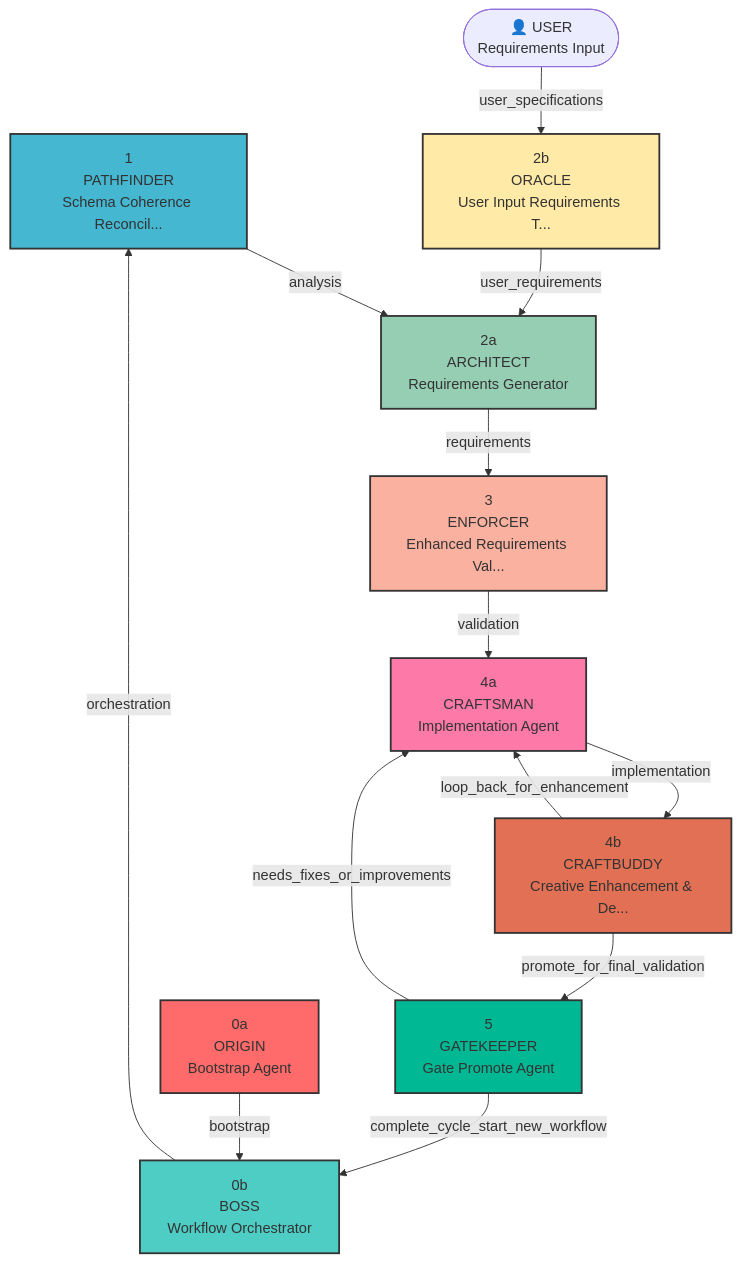
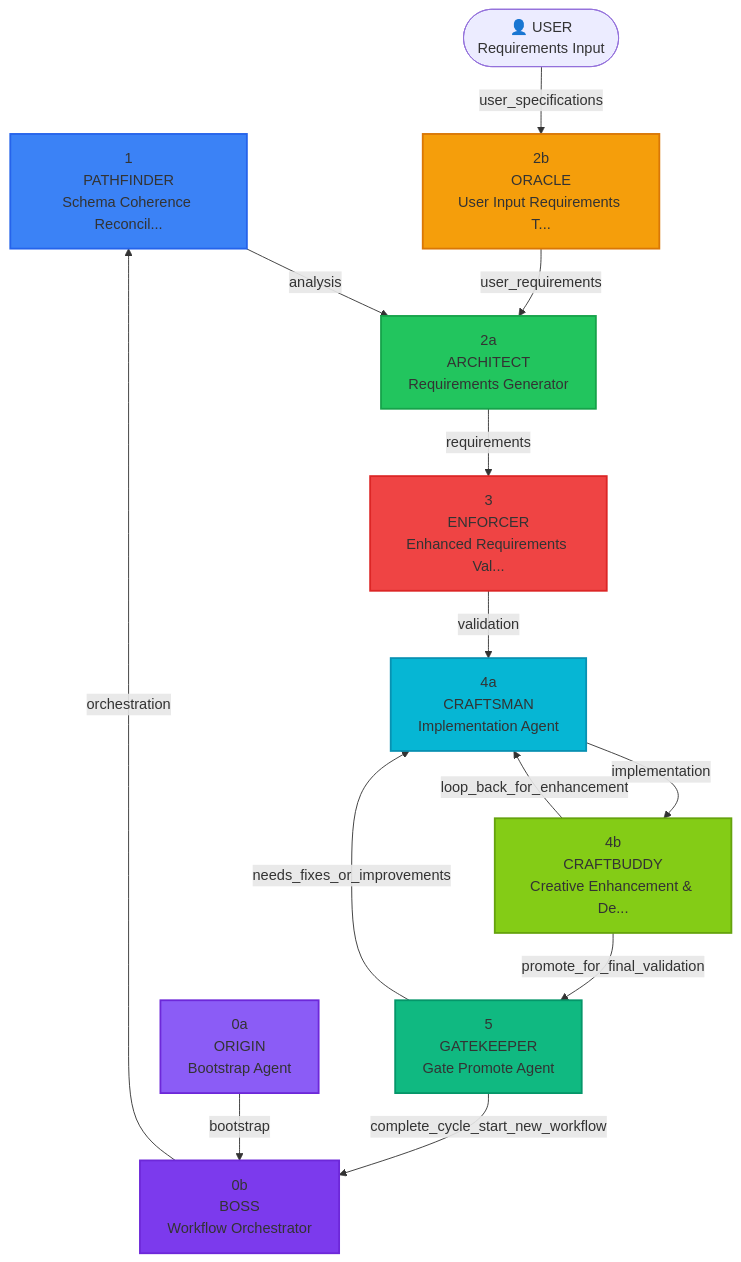
The diagram in src/agency/agents/docs/warpcore_agent_flow.mermaid (purfect-labs/warpcore), drawn with Mermaid before and after one commit. The commit also changed 4 other files, not shown here.

```diff
--- a/src/agency/agents/docs/warpcore_agent_flow.mermaid
+++ b/src/agency/agents/docs/warpcore_agent_flow.mermaid
@@ -1,45 +1,45 @@
 flowchart TD
     %% WARPCORE Agent Flow Configuration
     0a["0a<br/>ORIGIN<br/>Bootstrap Agent"]
     0b["0b<br/>BOSS<br/>Workflow Orchestrator"]
     1["1<br/>PATHFINDER<br/>Schema Coherence Reconcil..."]
     2b["2b<br/>ORACLE<br/>User Input Requirements T..."]
     2a["2a<br/>ARCHITECT<br/>Requirements Generator"]
     3["3<br/>ENFORCER<br/>Enhanced Requirements Val..."]
     4a["4a<br/>CRAFTSMAN<br/>Implementation Agent"]
     4b["4b<br/>CRAFTBUDDY<br/>Creative Enhancement & De..."]
     5["5<br/>GATEKEEPER<br/>Gate Promote Agent"]
     USER(["👤 USER<br/>Requirements Input"])
     0a -->|"bootstrap"| 0b
     0b -->|"orchestration"| 1
     1 -->|"analysis"| 2a
     2b -->|"user_requirements"| 2a
     2a -->|"requirements"| 3
     3 -->|"validation"| 4a
     4a -->|"implementation"| 4b
     4b -->|"loop_back_for_enhancement"| 4a
     4b -->|"promote_for_final_validation"| 5
     5 -->|"needs_fixes_or_improvements"| 4a
     5 -->|"complete_cycle_start_new_workflow"| 0b
     USER -->|"user_specifications"| 2b
 
     %% Styling
-    classDef origin fill:#ff6b6b,stroke:#333,stroke-width:2px
-    classDef boss fill:#4ecdc4,stroke:#333,stroke-width:2px
-    classDef pathfinder fill:#45b7d1,stroke:#333,stroke-width:2px
-    classDef oracle fill:#ffeaa7,stroke:#333,stroke-width:2px
-    classDef architect fill:#96ceb4,stroke:#333,stroke-width:2px
-    classDef enforcer fill:#fab1a0,stroke:#333,stroke-width:2px
-    classDef craftsman fill:#fd79a8,stroke:#333,stroke-width:2px
-    classDef craftbuddy fill:#e17055,stroke:#333,stroke-width:2px
-    classDef gatekeeper fill:#00b894,stroke:#333,stroke-width:2px
-    classDef complete fill:#a8e6cf,stroke:#333,stroke-width:2px
+    classDef origin fill:#8b5cf6,stroke:#6d28d9,stroke-width:2px
+    classDef boss fill:#7c3aed,stroke:#6d28d9,stroke-width:2px
+    classDef pathfinder fill:#3b82f6,stroke:#2563eb,stroke-width:2px
+    classDef oracle fill:#f59e0b,stroke:#d97706,stroke-width:2px
+    classDef architect fill:#22c55e,stroke:#16a34a,stroke-width:2px
+    classDef enforcer fill:#ef4444,stroke:#dc2626,stroke-width:2px
+    classDef craftsman fill:#06b6d4,stroke:#0891b2,stroke-width:2px
+    classDef craftbuddy fill:#84cc16,stroke:#65a30d,stroke-width:2px
+    classDef gatekeeper fill:#10b981,stroke:#059669,stroke-width:2px
+    classDef complete fill:#22c55e,stroke:#16a34a,stroke-width:2px
     class 0a origin
     class 0b boss
     class 1 pathfinder
     class 2b oracle
     class 2a architect
     class 3 enforcer
     class 4a craftsman
     class 4b craftbuddy
     class 5 gatekeeper
```
